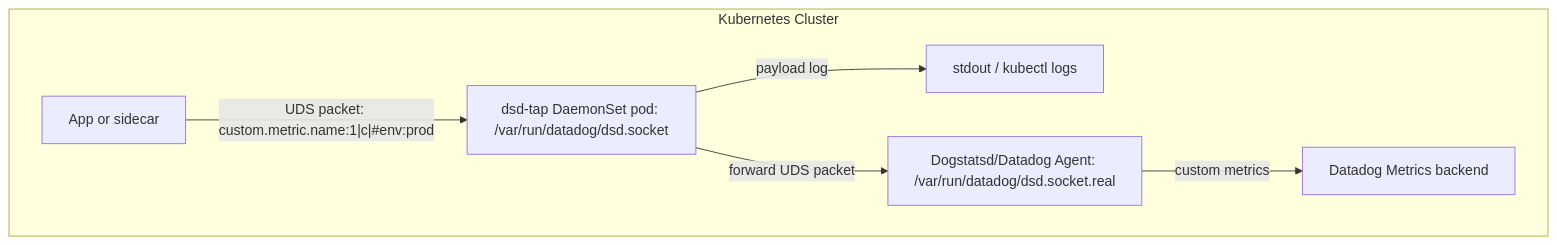
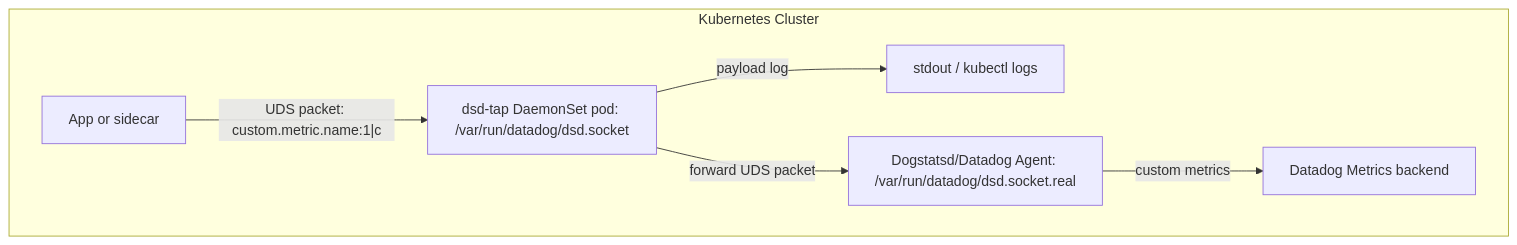
The diagram in README.md (ddalexvea/dsd-tap), drawn with Mermaid before and after one commit.

````diff
--- a/README.md
+++ b/README.md
@@ -14,10 +14,10 @@
 ```mermaid
 graph TD
 
 subgraph Kubernetes Cluster
-  A[App or sidecar] -- "UDS packet: custom.metric.name:1|c|#env:prod" --> B[dsd-tap DaemonSet pod: /var/run/datadog/dsd.socket]
+  A[App or sidecar] -- "UDS packet: custom.metric.name:1|c" --> B[dsd-tap DaemonSet pod: /var/run/datadog/dsd.socket]
   B -- payload log --> D[stdout / kubectl logs]
   B -- forward UDS packet --> C["Dogstatsd/Datadog Agent: /var/run/datadog/dsd.socket.real"]
   C -- custom metrics --> DD[Datadog Metrics backend]
 end
 ```
````
